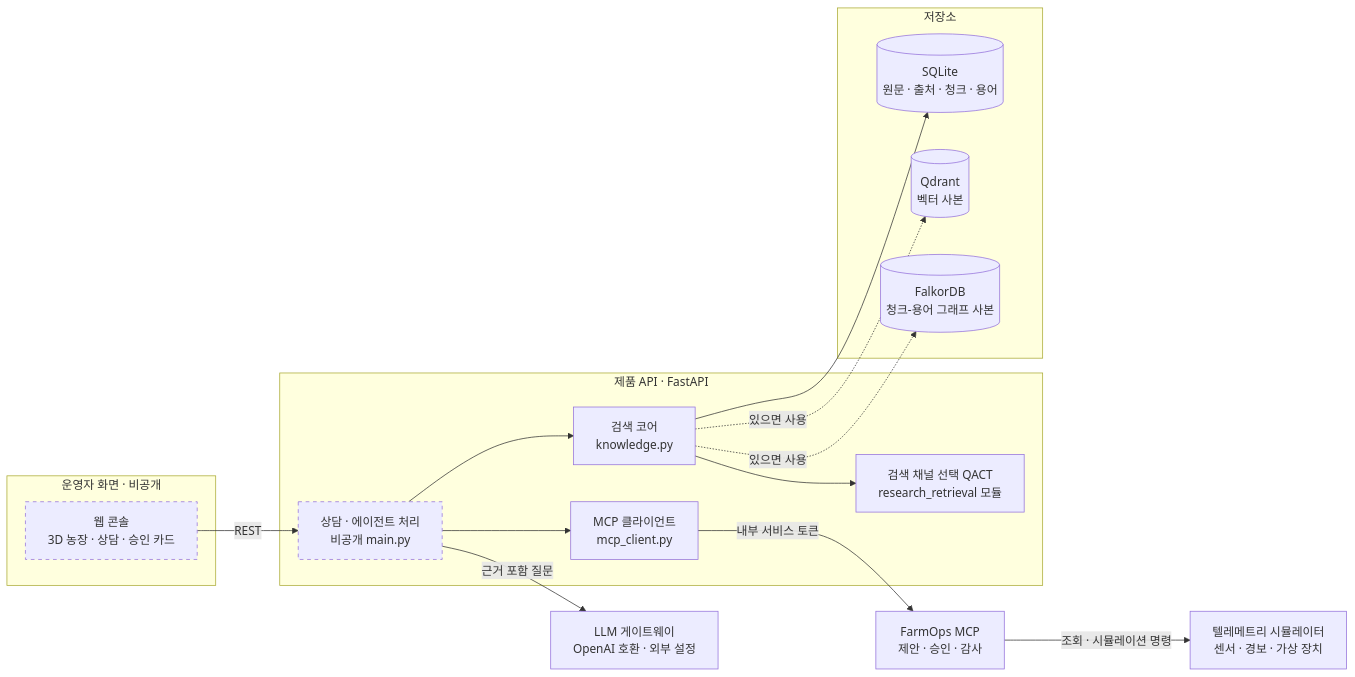
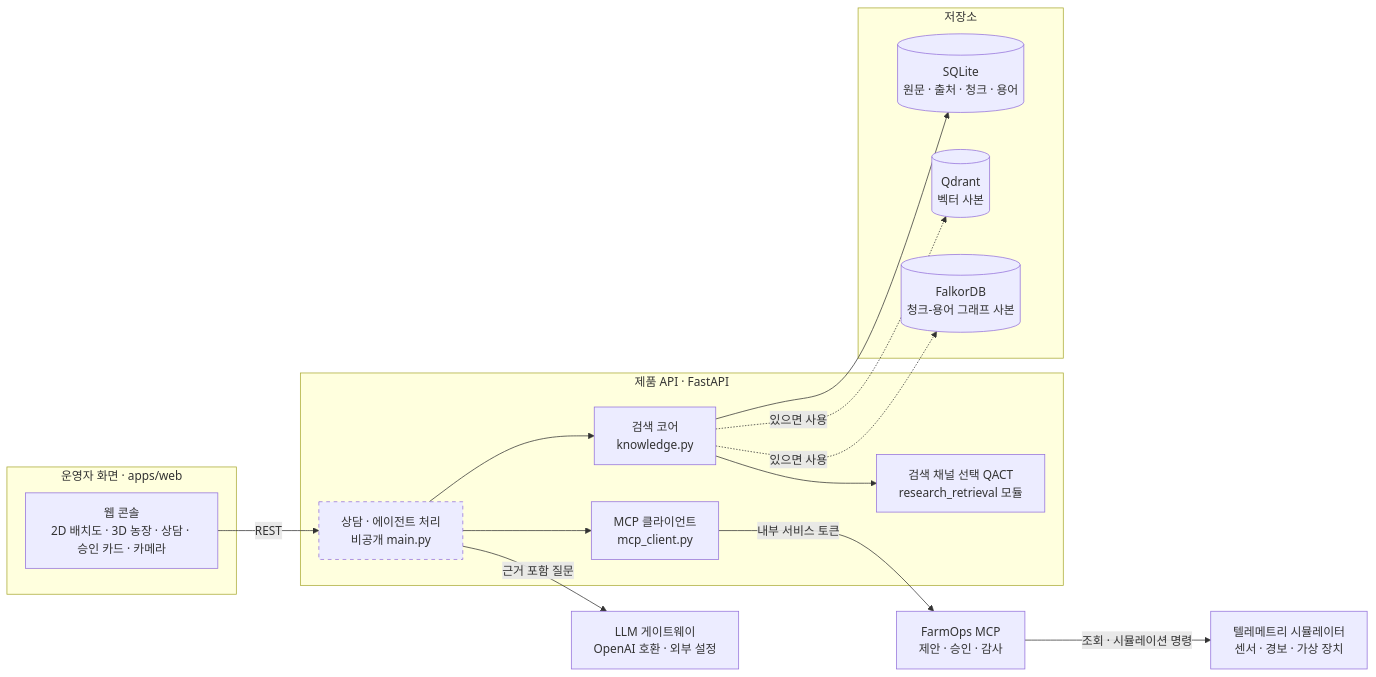
Before and after one commit to NAMUORI00/smartfarm-adaptive-rag: the first of 4 diagrams in README.md, drawn with Mermaid. The commit also changed other lines of this file and 220 other files, not shown here.

````diff
--- a/README.md
+++ b/README.md
@@ -61,37 +69,37 @@
 ```mermaid
 flowchart LR
-    subgraph CLIENT["운영자 화면 · 비공개"]
-        WEB["웹 콘솔<br/>3D 농장 · 상담 · 승인 카드"]
+    subgraph CLIENT["운영자 화면 · apps/web"]
+        WEB["웹 콘솔<br/>2D 배치도 · 3D 농장 · 상담 · 승인 카드 · 카메라"]
     end
 
     subgraph PRODUCT["제품 API · FastAPI"]
         ADV["상담 · 에이전트 처리<br/>비공개 main.py"]
         KS["검색 코어<br/>knowledge.py"]
         QACT["검색 채널 선택 QACT<br/>research_retrieval 모듈"]
         MCPC["MCP 클라이언트<br/>mcp_client.py"]
     end
 
     subgraph STORES["저장소"]
         SQL[("SQLite<br/>원문 · 출처 · 청크 · 용어")]
         QD[("Qdrant<br/>벡터 사본")]
         FK[("FalkorDB<br/>청크-용어 그래프 사본")]
     end
 
     LLM["LLM 게이트웨이<br/>OpenAI 호환 · 외부 설정"]
     MCP["FarmOps MCP<br/>제안 · 승인 · 감사"]
     TEL["텔레메트리 시뮬레이터<br/>센서 · 경보 · 가상 장치"]
 
     WEB -->|"REST"| ADV
     ADV --> KS
     KS --> QACT
     KS --> SQL
     KS -.->|"있으면 사용"| QD
     KS -.->|"있으면 사용"| FK
     ADV -->|"근거 포함 질문"| LLM
     ADV --> MCPC
     MCPC -->|"내부 서비스 토큰"| MCP
     MCP -->|"조회 · 시뮬레이션 명령"| TEL
 
     classDef private stroke-dasharray: 5 5;
-    class WEB,ADV private;
+    class ADV private;
 ```
````
